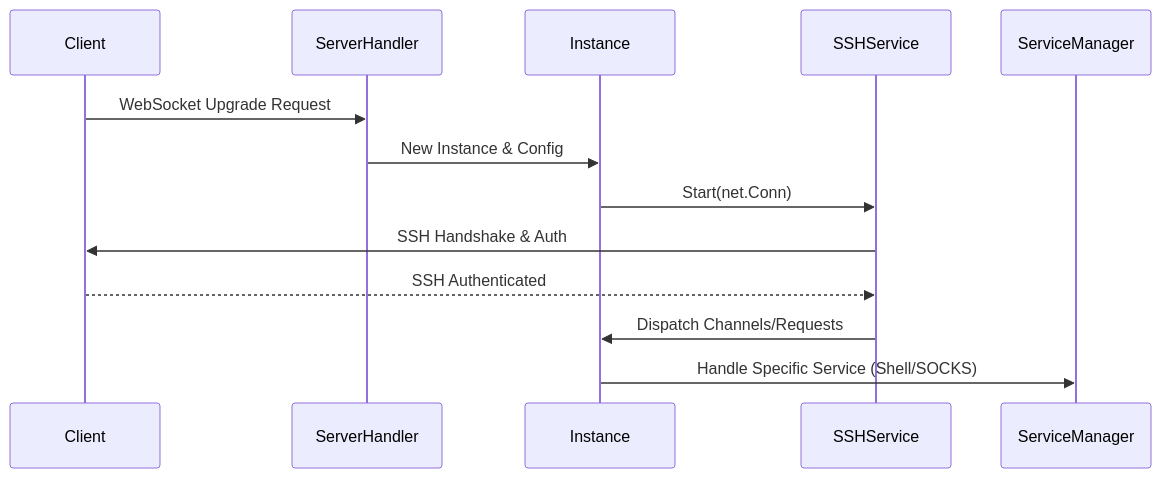
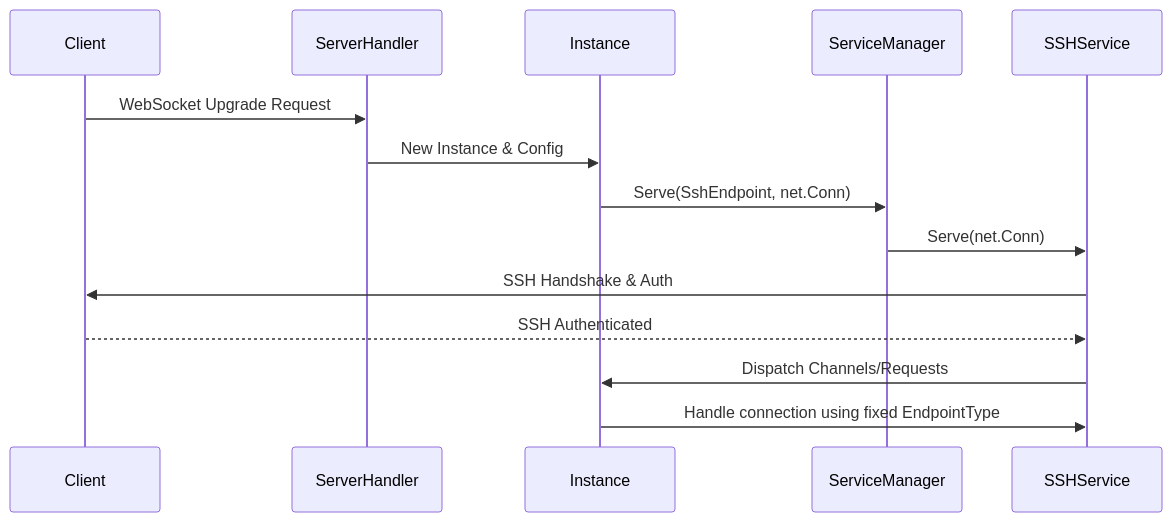
Before and after one commit to fuzzbuster/slider: the first of 3 diagrams in .trae/deepwiki/功能模块：Shell、SFTP 与代理/SSH 基础设施与会话管理.md, drawn with Mermaid. The commit also changed other lines of this file and 13 other files, not shown here.

Commit message:
refactor: centralize endpoint service lifecycle

````diff
--- a/.trae/deepwiki/功能模块：Shell、SFTP 与代理/SSH 基础设施与会话管理.md
+++ b/.trae/deepwiki/功能模块：Shell、SFTP 与代理/SSH 基础设施与会话管理.md
@@ -129,16 +106,17 @@
 ```mermaid
 sequenceDiagram
     participant Client
     participant ServerHandler
     participant Instance
+    participant ServiceManager
     participant SSHService
-    participant ServiceManager
 
     Client->>ServerHandler: WebSocket Upgrade Request
     ServerHandler->>Instance: New Instance & Config
-    Instance->>SSHService: Start(net.Conn)
+    Instance->>ServiceManager: Serve(SshEndpoint, net.Conn)
+    ServiceManager->>SSHService: Serve(net.Conn)
     SSHService->>Client: SSH Handshake & Auth
     Client-->>SSHService: SSH Authenticated
     SSHService->>Instance: Dispatch Channels/Requests
-    Instance->>ServiceManager: Handle Specific Service (Shell/SOCKS)
+    Instance->>SSHService: Handle connection using fixed EndpointType
 ```
````
